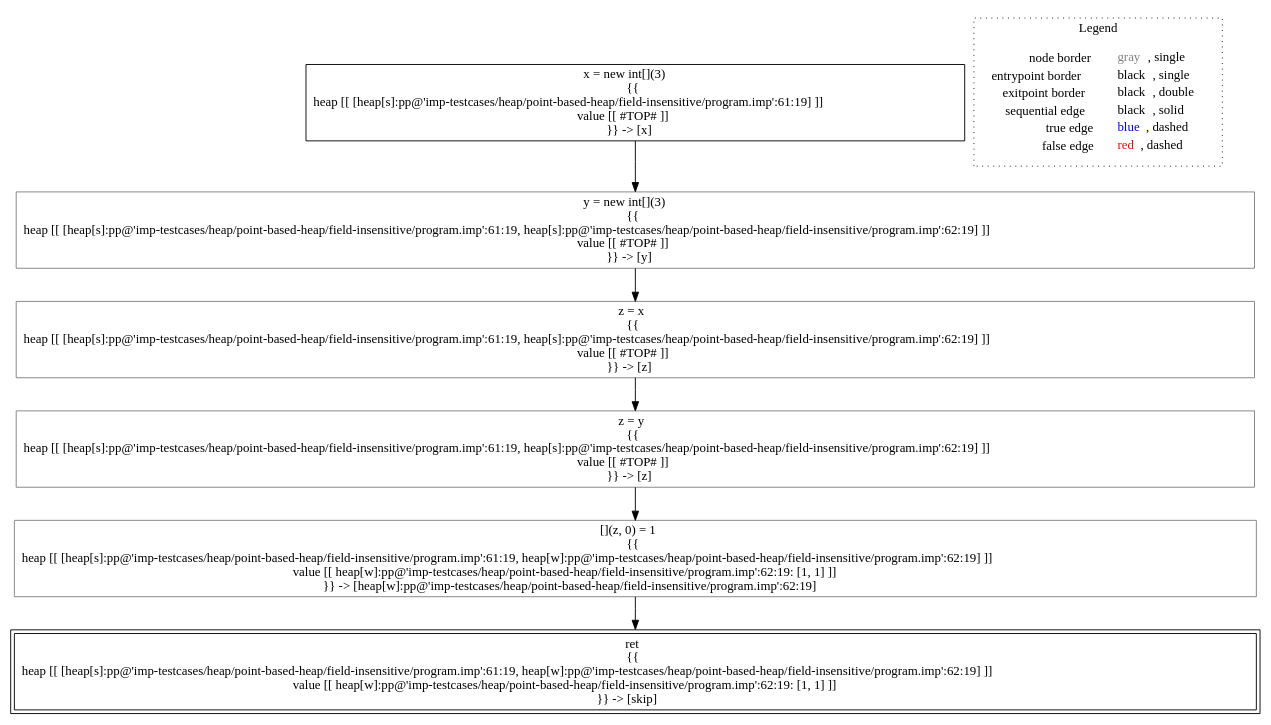
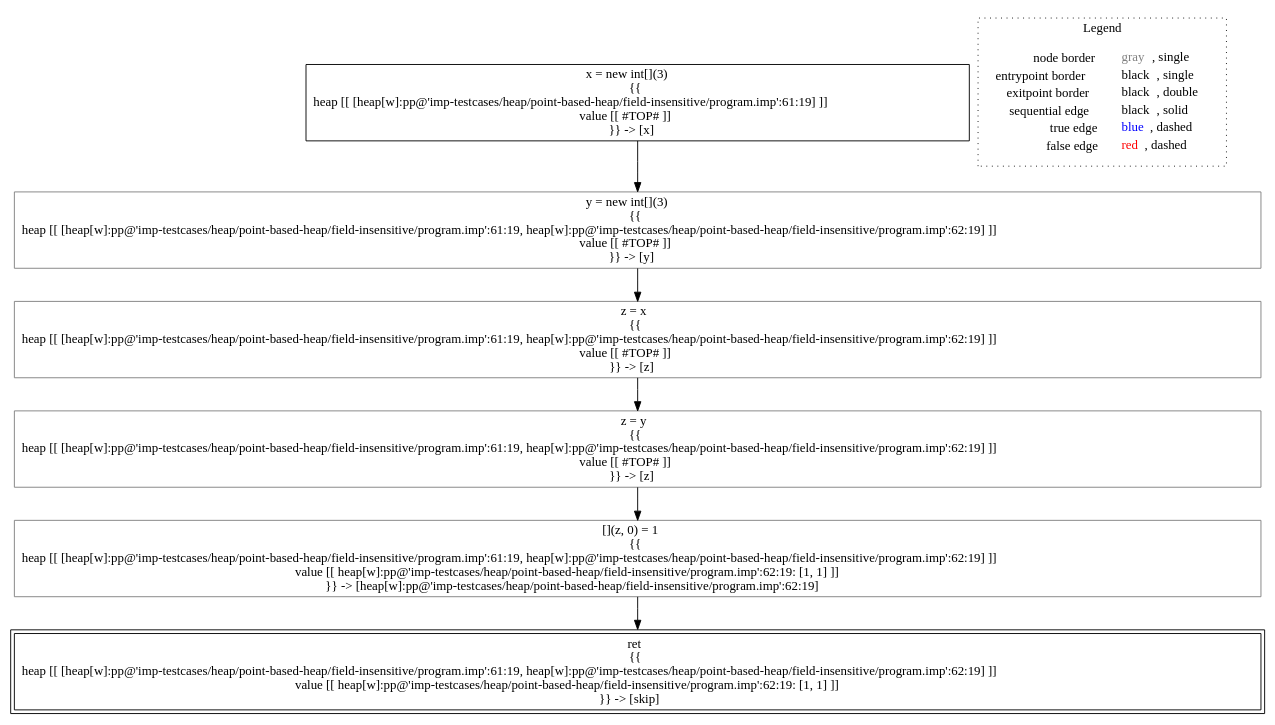
The diagram in lisa/imp-testcases/heap/point-based-heap/field-insensitive/analysis___untyped_A.f7(A_this).dot (lisa-analyzer/lisa), drawn with Graphviz before and after one commit. The commit also changed 8 other files, not shown here.

Commit message:
#95 completely removed substitutions from point based heap analyses

```diff
--- a/lisa/imp-testcases/heap/point-based-heap/field-insensitive/analysis___untyped_A.f7(A_this).dot
+++ b/lisa/imp-testcases/heap/point-based-heap/field-insensitive/analysis___untyped_A.f7(A_this).dot
@@ -1,20 +1,20 @@
 digraph {
-	"node0" [shape="rect",color="black",label=<x = new int[](3)<BR/>{{<BR/>heap [[ [heap[s]:pp@'imp-testcases/heap/point-based-heap/field-insensitive/program.imp':61:19] ]]<BR/>value [[ #TOP# ]]<BR/>}} -&gt; [x]>];
-	"node1" [shape="rect",color="gray",label=<z = y<BR/>{{<BR/>heap [[ [heap[s]:pp@'imp-testcases/heap/point-based-heap/field-insensitive/program.imp':61:19, heap[s]:pp@'imp-testcases/heap/point-based-heap/field-insensitive/program.imp':62:19] ]]<BR/>value [[ #TOP# ]]<BR/>}} -&gt; [z]>];
-	"node2" [shape="rect",color="gray",label=<[](z, 0) = 1<BR/>{{<BR/>heap [[ [heap[s]:pp@'imp-testcases/heap/point-based-heap/field-insensitive/program.imp':61:19, heap[w]:pp@'imp-testcases/heap/point-based-heap/field-insensitive/program.imp':62:19] ]]<BR/>value [[ heap[w]:pp@'imp-testcases/heap/point-based-heap/field-insensitive/program.imp':62:19: [1, 1] ]]<BR/>}} -&gt; [heap[w]:pp@'imp-testcases/heap/point-based-heap/field-insensitive/program.imp':62:19]>];
-	"node3" [shape="rect",color="black",peripheries="2",label=<ret<BR/>{{<BR/>heap [[ [heap[s]:pp@'imp-testcases/heap/point-based-heap/field-insensitive/program.imp':61:19, heap[w]:pp@'imp-testcases/heap/point-based-heap/field-insensitive/program.imp':62:19] ]]<BR/>value [[ heap[w]:pp@'imp-testcases/heap/point-based-heap/field-insensitive/program.imp':62:19: [1, 1] ]]<BR/>}} -&gt; [skip]>];
-	"node4" [shape="rect",color="gray",label=<y = new int[](3)<BR/>{{<BR/>heap [[ [heap[s]:pp@'imp-testcases/heap/point-based-heap/field-insensitive/program.imp':61:19, heap[s]:pp@'imp-testcases/heap/point-based-heap/field-insensitive/program.imp':62:19] ]]<BR/>value [[ #TOP# ]]<BR/>}} -&gt; [y]>];
-	"node5" [shape="rect",color="gray",label=<z = x<BR/>{{<BR/>heap [[ [heap[s]:pp@'imp-testcases/heap/point-based-heap/field-insensitive/program.imp':61:19, heap[s]:pp@'imp-testcases/heap/point-based-heap/field-insensitive/program.imp':62:19] ]]<BR/>value [[ #TOP# ]]<BR/>}} -&gt; [z]>];
+	"node0" [shape="rect",color="black",label=<x = new int[](3)<BR/>{{<BR/>heap [[ [heap[w]:pp@'imp-testcases/heap/point-based-heap/field-insensitive/program.imp':61:19] ]]<BR/>value [[ #TOP# ]]<BR/>}} -&gt; [x]>];
+	"node1" [shape="rect",color="gray",label=<z = y<BR/>{{<BR/>heap [[ [heap[w]:pp@'imp-testcases/heap/point-based-heap/field-insensitive/program.imp':61:19, heap[w]:pp@'imp-testcases/heap/point-based-heap/field-insensitive/program.imp':62:19] ]]<BR/>value [[ #TOP# ]]<BR/>}} -&gt; [z]>];
+	"node2" [shape="rect",color="gray",label=<[](z, 0) = 1<BR/>{{<BR/>heap [[ [heap[w]:pp@'imp-testcases/heap/point-based-heap/field-insensitive/program.imp':61:19, heap[w]:pp@'imp-testcases/heap/point-based-heap/field-insensitive/program.imp':62:19] ]]<BR/>value [[ heap[w]:pp@'imp-testcases/heap/point-based-heap/field-insensitive/program.imp':62:19: [1, 1] ]]<BR/>}} -&gt; [heap[w]:pp@'imp-testcases/heap/point-based-heap/field-insensitive/program.imp':62:19]>];
+	"node3" [shape="rect",color="black",peripheries="2",label=<ret<BR/>{{<BR/>heap [[ [heap[w]:pp@'imp-testcases/heap/point-based-heap/field-insensitive/program.imp':61:19, heap[w]:pp@'imp-testcases/heap/point-based-heap/field-insensitive/program.imp':62:19] ]]<BR/>value [[ heap[w]:pp@'imp-testcases/heap/point-based-heap/field-insensitive/program.imp':62:19: [1, 1] ]]<BR/>}} -&gt; [skip]>];
+	"node4" [shape="rect",color="gray",label=<y = new int[](3)<BR/>{{<BR/>heap [[ [heap[w]:pp@'imp-testcases/heap/point-based-heap/field-insensitive/program.imp':61:19, heap[w]:pp@'imp-testcases/heap/point-based-heap/field-insensitive/program.imp':62:19] ]]<BR/>value [[ #TOP# ]]<BR/>}} -&gt; [y]>];
+	"node5" [shape="rect",color="gray",label=<z = x<BR/>{{<BR/>heap [[ [heap[w]:pp@'imp-testcases/heap/point-based-heap/field-insensitive/program.imp':61:19, heap[w]:pp@'imp-testcases/heap/point-based-heap/field-insensitive/program.imp':62:19] ]]<BR/>value [[ #TOP# ]]<BR/>}} -&gt; [z]>];
 	"node1" -> "node2" [color="black"];
 	"node2" -> "node3" [color="black"];
 	"node4" -> "node5" [color="black"];
 	"node5" -> "node1" [color="black"];
 	"node0" -> "node4" [color="black"];
 subgraph cluster_legend {
 	label="Legend";
 	style=dotted;
 	node [shape=plaintext];
 	"legend" [label=<<table border="0" cellpadding="2" cellspacing="0" cellborder="0"><tr><td align="right">node border&nbsp;</td><td align="left"><font color="gray">gray</font>, single</td></tr><tr><td align="right">entrypoint border&nbsp;</td><td align="left"><font color="black">black</font>, single</td></tr><tr><td align="right">exitpoint border&nbsp;</td><td align="left"><font color="black">black</font>, double</td></tr><tr><td align="right">sequential edge&nbsp;</td><td align="left"><font color="black">black</font>, solid</td></tr><tr><td align="right">true edge&nbsp;</td><td align="left"><font color="blue">blue</font>, dashed</td></tr><tr><td align="right">false edge&nbsp;</td><td align="left"><font color="red">red</font>, dashed</td></tr></table>>];
 }
 
 }
```
